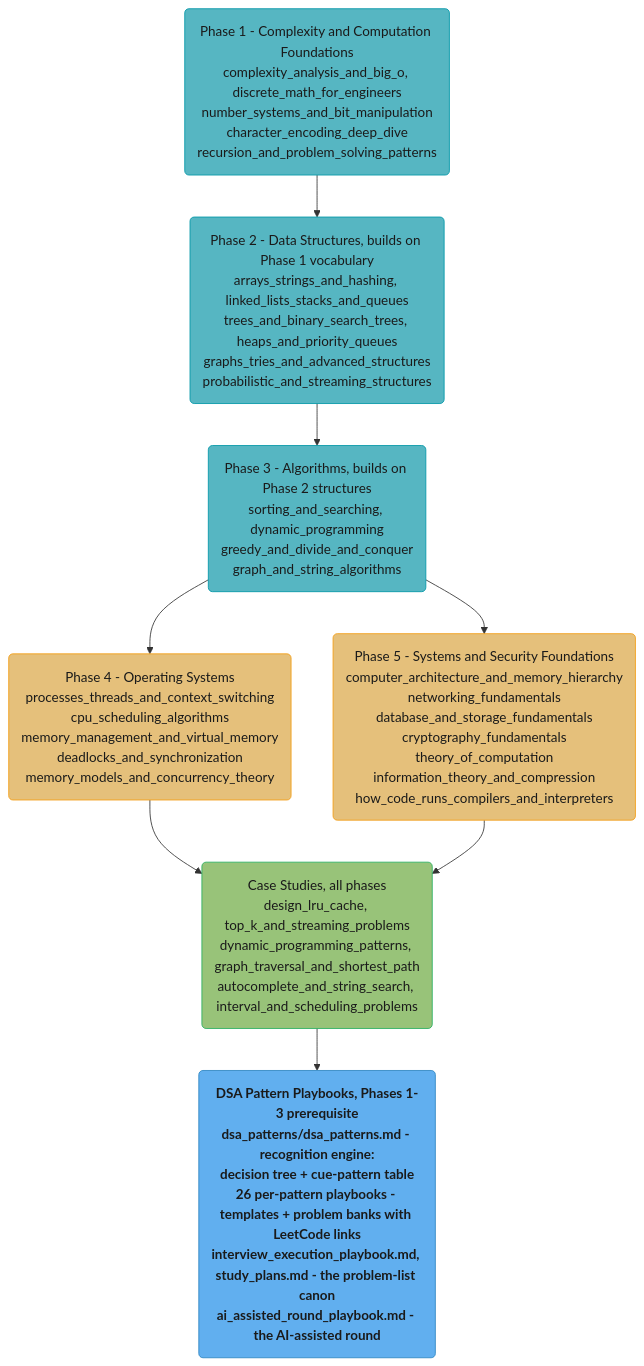
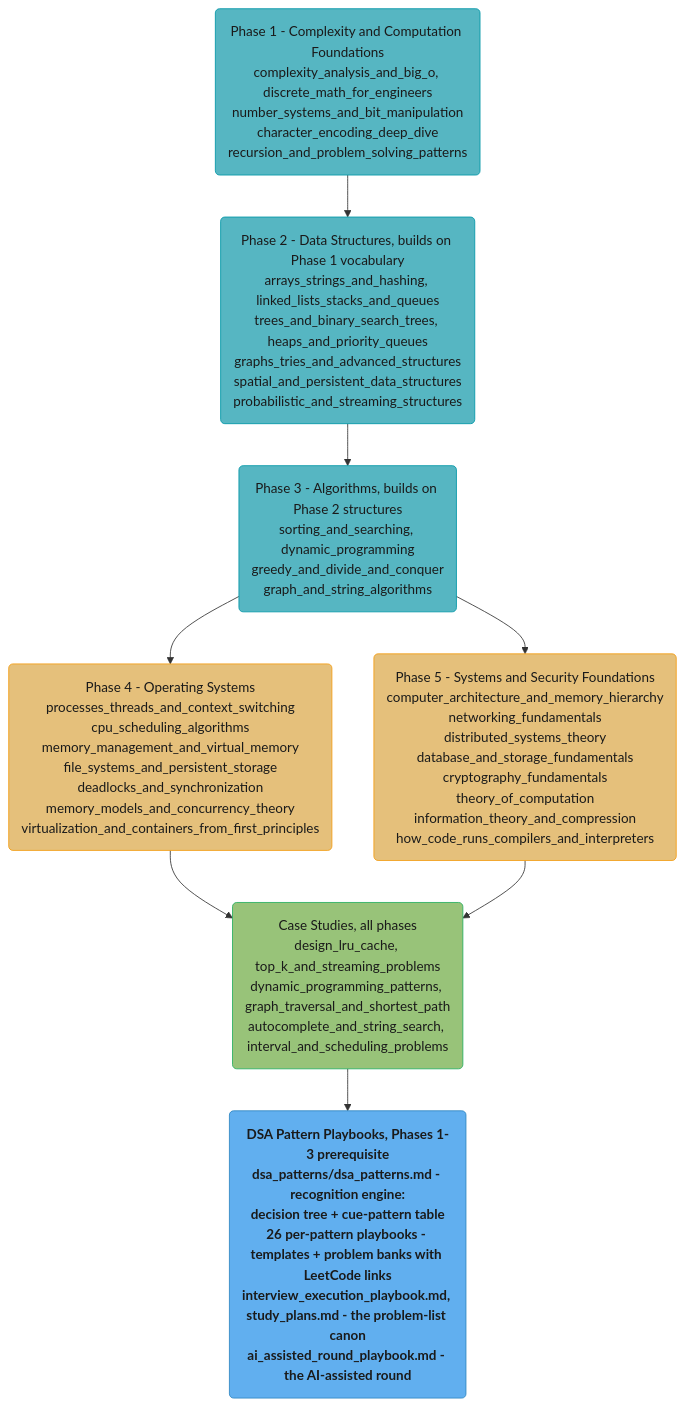
The diagram in src/main/java/com/rutik/systemdesign/cs_fundamentals/README.md (rppol/system-design), drawn with Mermaid before and after one commit. The commit also changed other lines of this file and 21 other files, not shown here.

First line of the commit message:
feat(cs_fundamentals): file systems, distributed-systems theory, virtualization, spatial structures

````diff
--- a/src/main/java/com/rutik/systemdesign/cs_fundamentals/README.md
+++ b/src/main/java/com/rutik/systemdesign/cs_fundamentals/README.md
@@ -101,30 +109,30 @@
 ```mermaid
 flowchart TD
     classDef io      fill:#61afef,stroke:#2e86c1,color:#1a1a1a,font-weight:bold
     classDef frozen  fill:#c678dd,stroke:#9b59b6,color:#fff
     classDef train   fill:#98c379,stroke:#27ae60,color:#1a1a1a
     classDef mathOp  fill:#d19a66,stroke:#e67e22,color:#1a1a1a,font-weight:bold
     classDef lossN   fill:#e06c75,stroke:#c0392b,color:#fff,font-weight:bold
     classDef req     fill:#56b6c2,stroke:#0097a7,color:#1a1a1a
     classDef base    fill:#e5c07b,stroke:#f39c12,color:#1a1a1a
 
     p1("Phase 1 - Complexity and Computation Foundations<br/>complexity_analysis_and_big_o, discrete_math_for_engineers<br/>number_systems_and_bit_manipulation<br/>character_encoding_deep_dive<br/>recursion_and_problem_solving_patterns")
-    p2("Phase 2 - Data Structures, builds on Phase 1 vocabulary<br/>arrays_strings_and_hashing, linked_lists_stacks_and_queues<br/>trees_and_binary_search_trees, heaps_and_priority_queues<br/>graphs_tries_and_advanced_structures<br/>probabilistic_and_streaming_structures")
+    p2("Phase 2 - Data Structures, builds on Phase 1 vocabulary<br/>arrays_strings_and_hashing, linked_lists_stacks_and_queues<br/>trees_and_binary_search_trees, heaps_and_priority_queues<br/>graphs_tries_and_advanced_structures<br/>spatial_and_persistent_data_structures<br/>probabilistic_and_streaming_structures")
     p3("Phase 3 - Algorithms, builds on Phase 2 structures<br/>sorting_and_searching, dynamic_programming<br/>greedy_and_divide_and_conquer<br/>graph_and_string_algorithms")
-    p4("Phase 4 - Operating Systems<br/>processes_threads_and_context_switching<br/>cpu_scheduling_algorithms<br/>memory_management_and_virtual_memory<br/>deadlocks_and_synchronization<br/>memory_models_and_concurrency_theory")
-    p5("Phase 5 - Systems and Security Foundations<br/>computer_architecture_and_memory_hierarchy<br/>networking_fundamentals<br/>database_and_storage_fundamentals<br/>cryptography_fundamentals<br/>theory_of_computation<br/>information_theory_and_compression<br/>how_code_runs_compilers_and_interpreters")
+    p4("Phase 4 - Operating Systems<br/>processes_threads_and_context_switching<br/>cpu_scheduling_algorithms<br/>memory_management_and_virtual_memory<br/>file_systems_and_persistent_storage<br/>deadlocks_and_synchronization<br/>memory_models_and_concurrency_theory<br/>virtualization_and_containers_from_first_principles")
+    p5("Phase 5 - Systems and Security Foundations<br/>computer_architecture_and_memory_hierarchy<br/>networking_fundamentals<br/>distributed_systems_theory<br/>database_and_storage_fundamentals<br/>cryptography_fundamentals<br/>theory_of_computation<br/>information_theory_and_compression<br/>how_code_runs_compilers_and_interpreters")
     cs("Case Studies, all phases<br/>design_lru_cache, top_k_and_streaming_problems<br/>dynamic_programming_patterns, graph_traversal_and_shortest_path<br/>autocomplete_and_string_search, interval_and_scheduling_problems")
     dsap("DSA Pattern Playbooks, Phases 1-3 prerequisite<br/>dsa_patterns/dsa_patterns.md - recognition engine:<br/>decision tree + cue-pattern table<br/>26 per-pattern playbooks - templates + problem banks with LeetCode links<br/>interview_execution_playbook.md, study_plans.md - the problem-list canon<br/>ai_assisted_round_playbook.md - the AI-assisted round")
 
     p1 --> p2 --> p3
     p3 --> p4
     p3 --> p5
     p4 --> cs
     p5 --> cs
     cs --> dsap
 
     class p1,p2,p3 req
     class p4,p5 base
     class cs train
     class dsap io
 ```
````
